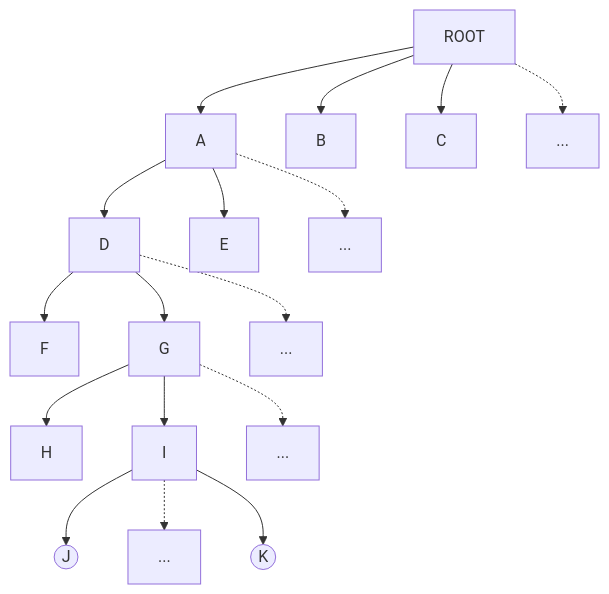
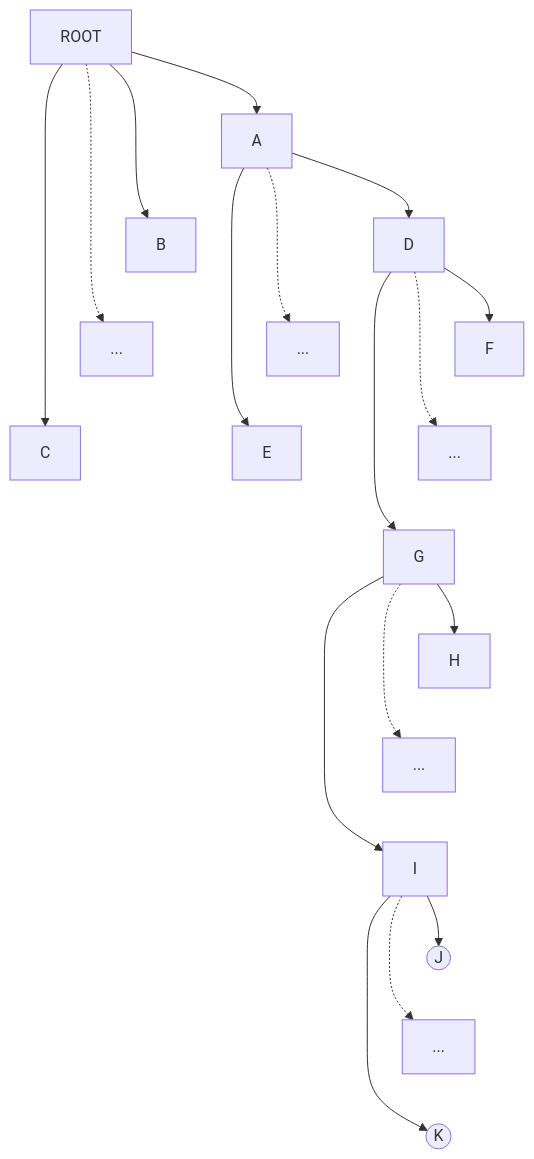
Before and after one commit to EmptyBlueBox/Operating_Systems-2025Spring-PKU: the diagram in Resource/课堂小测-期中后.md, drawn with Mermaid. The commit also changed other lines of this file and 1 other file, not shown here.

````diff
--- a/Resource/课堂小测-期中后.md
+++ b/Resource/课堂小测-期中后.md
@@ -17,32 +60,48 @@
 ```mermaid
 graph TD
     ROOT["ROOT"]
     A["A"]
     B["B"]
     C["C"]
     D["D"]
     E["E"]
     F["F"]
     G["G"]
     H["H"]
     I["I"]
     J(("J"))
     K(("K"))
+    MORE1["..."]
+    MORE2["..."]    
+    MORE3["..."]
+    MORE5["..."]
+    MORE6["..."]
     
     ROOT --> A
     ROOT --> B
-    ROOT -.-> MORE1["..."]
+    ROOT -.-> MORE1
     ROOT --> C
+
     A --> D
-    A -.-> MORE2["..."]
+    A -.-> MORE2
     A --> E
+
     D --> F
-    D -.-> MORE3["..."]
+    D -.-> MORE3
     D --> G
+
     G --> H
-    G -.-> MORE5["..."]
+    G -.-> MORE5
     G --> I
+
     I --> J
-    I -.-> MORE6["..."]
+    I -.-> MORE6
     I --> K
+
+    %% Invisible links for ordering
+    A ~~~ B ~~~ MORE1 ~~~ C
+    D ~~~ MORE2 ~~~ E
+    F ~~~ MORE3 ~~~ G
+    H ~~~ MORE5 ~~~ I
+    J ~~~ MORE6 ~~~ K
 ```
````
